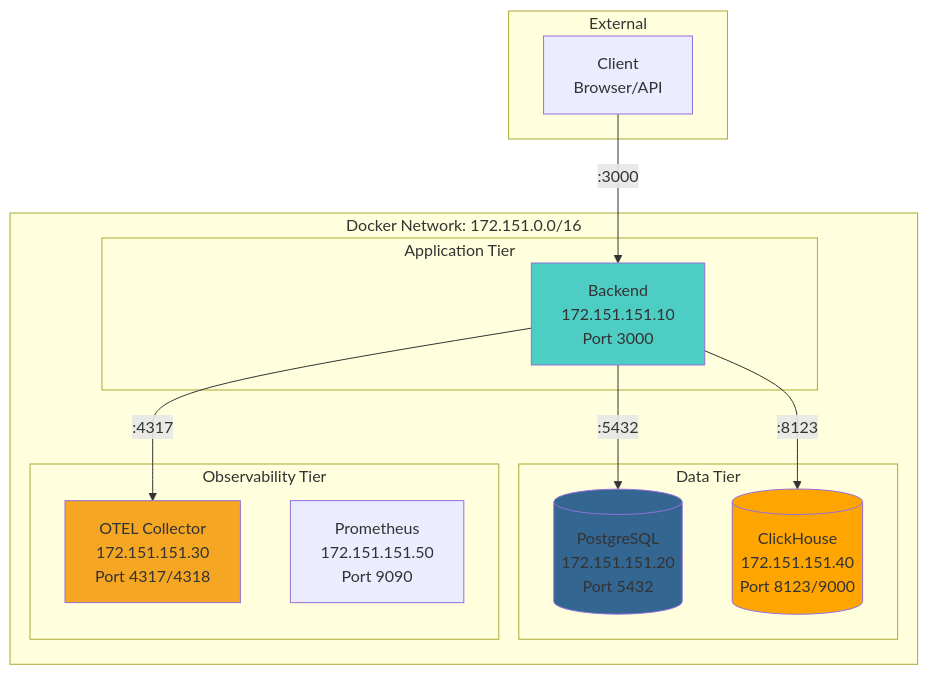
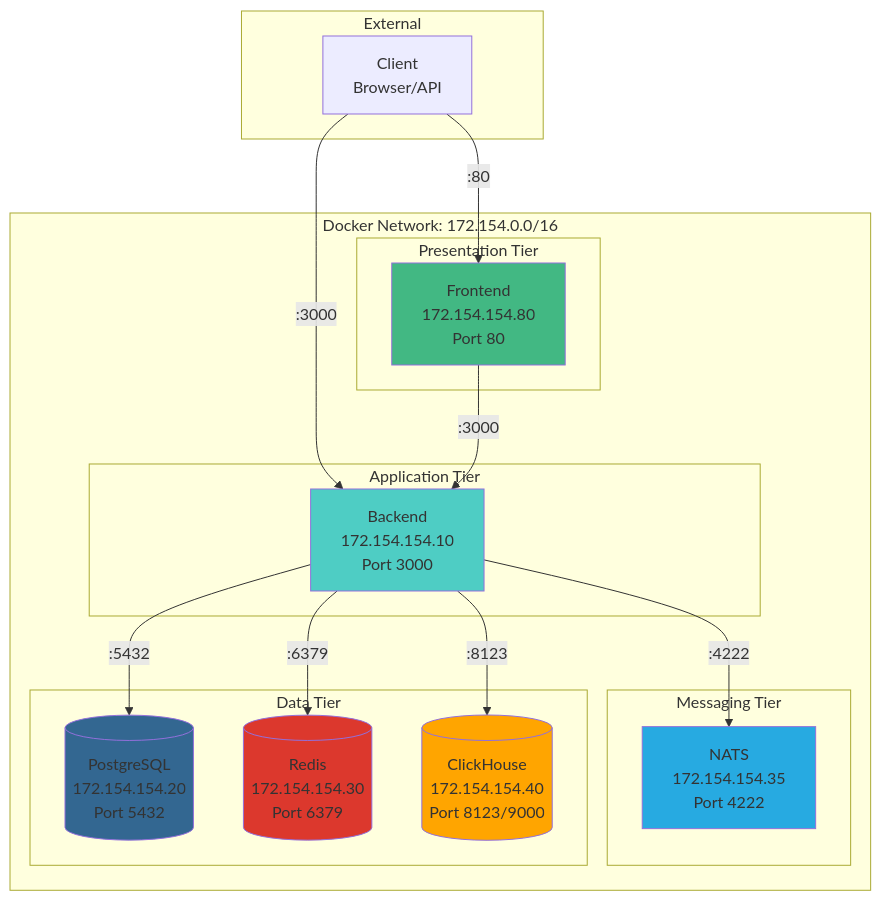
One commit to telemetryflow/telemetryflow-core changed diagram 11 of 14 in docs/ARCHITECTURE_DIAGRAMS.md. Above: the diagram before and after it, drawn with Mermaid. The commit also changed other lines of this file and 2428 other files, not shown here.

````diff
--- a/docs/ARCHITECTURE_DIAGRAMS.md
+++ b/docs/ARCHITECTURE_DIAGRAMS.md
@@ -613,32 +662,41 @@
 ```mermaid
 graph TB
     subgraph "External"
         Client[Client<br/>Browser/API]
     end
 
-    subgraph "Docker Network: 172.151.0.0/16"
+    subgraph "Docker Network: 172.154.0.0/16"
+        subgraph "Presentation Tier"
+            FE[Frontend<br/>172.154.154.80<br/>Port 80]
+        end
+
         subgraph "Application Tier"
-            BE[Backend<br/>172.151.151.10<br/>Port 3000]
+            BE[Backend<br/>172.154.154.10<br/>Port 3000]
+        end
+
+        subgraph "Messaging Tier"
+            NATS[NATS<br/>172.154.154.35<br/>Port 4222]
         end
 
         subgraph "Data Tier"
-            PG[(PostgreSQL<br/>172.151.151.20<br/>Port 5432)]
-            CH[(ClickHouse<br/>172.151.151.40<br/>Port 8123/9000)]
-        end
-
-        subgraph "Observability Tier"
-            OTEL[OTEL Collector<br/>172.151.151.30<br/>Port 4317/4318]
-            PROM[Prometheus<br/>172.151.151.50<br/>Port 9090]
+            PG[(PostgreSQL<br/>172.154.154.20<br/>Port 5432)]
+            REDIS[(Redis<br/>172.154.154.30<br/>Port 6379)]
+            CH[(ClickHouse<br/>172.154.154.40<br/>Port 8123/9000)]
         end
     end
 
+    Client -->|:80| FE
     Client -->|:3000| BE
+    FE -->|:3000| BE
     BE -->|:5432| PG
+    BE -->|:6379| REDIS
+    BE -->|:4222| NATS
     BE -->|:8123| CH
-    BE -->|:4317| OTEL
 
+    style FE fill:#42b883
     style BE fill:#4ecdc4
     style PG fill:#336791
+    style REDIS fill:#dc382d
     style CH fill:#ffa500
-    style OTEL fill:#f5a623
+    style NATS fill:#27aae1
 ```
````
